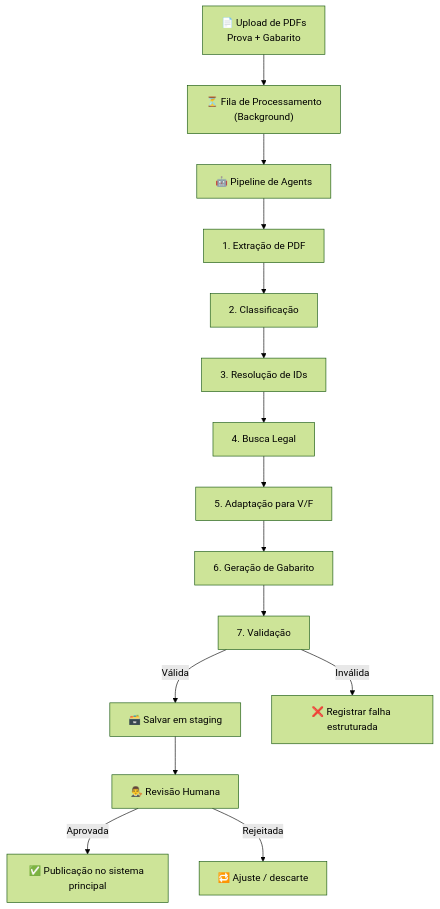
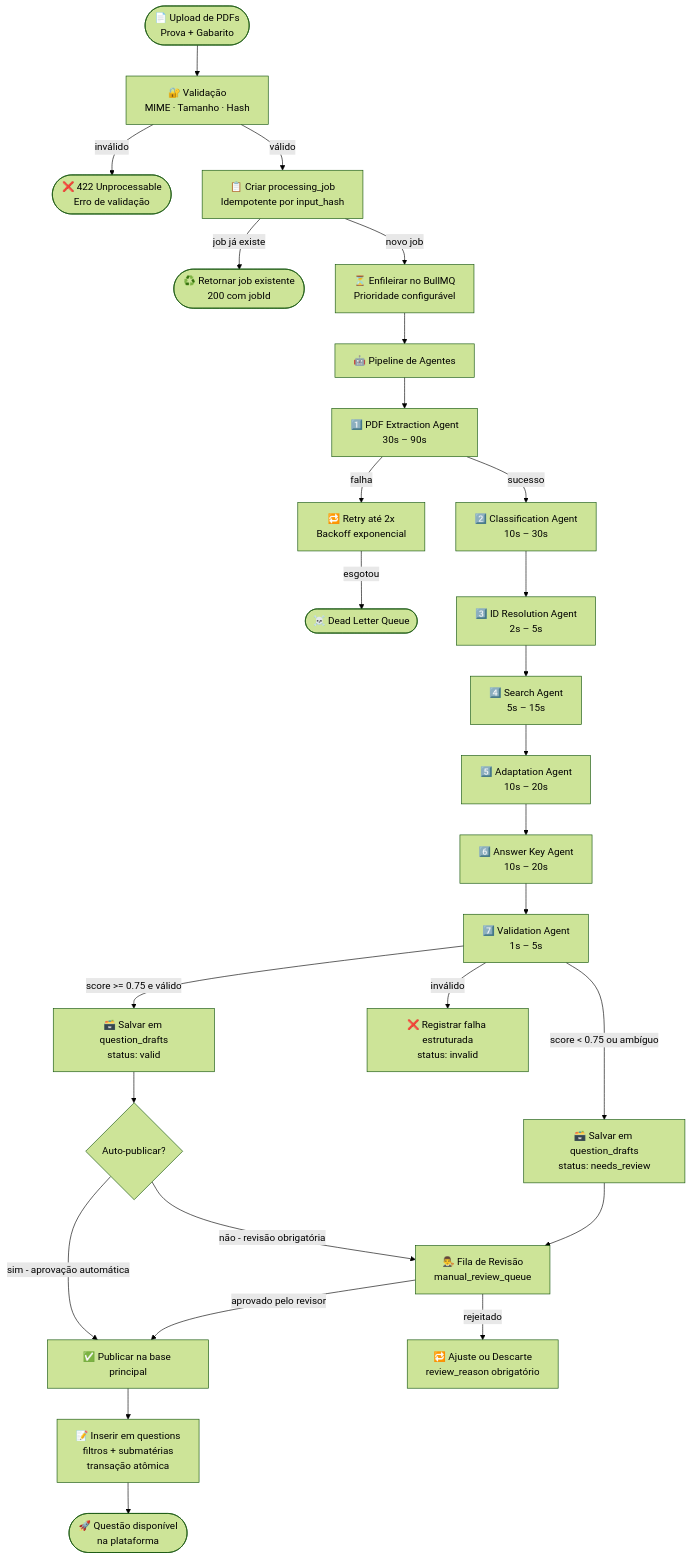
The third of 10 diagrams in README.md (matheusdiamantino-betalent/IA), drawn with Mermaid (forest theme) before and after one commit. The commit also changed other lines of this file, not shown here.

````diff
--- a/README.md
+++ b/README.md
@@ -345,20 +1030,36 @@
 ```mermaid
 flowchart TD
-    A["📄 Upload de PDFs<br/>Prova + Gabarito"] --> B["⏳ Fila de Processamento<br/>(Background)"]
-    B --> C["🤖 Pipeline de Agents"]
+    A(["📄 Upload de PDFs\nProva + Gabarito"]) --> B["🔐 Validação\nMIME · Tamanho · Hash"]
+    B -->|inválido| ERR1(["❌ 422 Unprocessable\nErro de validação"])
+    B -->|válido| C["📋 Criar processing_job\nIdempotente por input_hash"]
+    C -->|job já existe| EXIST(["♻️ Retornar job existente\n200 com jobId"])
+    C -->|novo job| D["⏳ Enfileirar no BullMQ\nPrioridade configurável"]
 
-    C --> D["1. Extração de PDF"]
-    D --> E["2. Classificação"]
-    E --> F["3. Resolução de IDs"]
-    F --> G["4. Busca Legal"]
-    G --> H["5. Adaptação para V/F"]
-    H --> I["6. Geração de Gabarito"]
-    I --> J["7. Validação"]
+    D --> E["🤖 Pipeline de Agentes"]
 
-    J -->|Válida| K["🗃️ Salvar em staging"]
-    J -->|Inválida| L["❌ Registrar falha estruturada"]
+    E --> F["1️⃣ PDF Extraction Agent\n30s – 90s"]
+    F -->|falha| RETRY1["🔁 Retry até 2x\nBackoff exponencial"]
+    RETRY1 -->|esgotou| DLQ1(["☠️ Dead Letter Queue"])
+    F -->|sucesso| G["2️⃣ Classification Agent\n10s – 30s"]
 
-    K --> M["👨‍⚖️ Revisão Humana"]
-    M -->|Aprovada| N["✅ Publicação no sistema principal"]
-    M -->|Rejeitada| O["🔁 Ajuste / descarte"]
+    G --> H["3️⃣ ID Resolution Agent\n2s – 5s"]
+    H --> I["4️⃣ Search Agent\n5s – 15s"]
+    I --> J["5️⃣ Adaptation Agent\n10s – 20s"]
+    J --> K["6️⃣ Answer Key Agent\n10s – 20s"]
+    K --> L["7️⃣ Validation Agent\n1s – 5s"]
+
+    L -->|score >= 0.75 e válido| M["🗃️ Salvar em question_drafts\nstatus: valid"]
+    L -->|score < 0.75 ou ambíguo| N["🗃️ Salvar em question_drafts\nstatus: needs_review"]
+    L -->|inválido| O["❌ Registrar falha estruturada\nstatus: invalid"]
+
+    M --> P{"Auto-publicar?"}
+    P -->|não - revisão obrigatória| Q["👨‍⚖️ Fila de Revisão\nmanual_review_queue"]
+    N --> Q
+    P -->|sim - aprovação automática| R["✅ Publicar na base principal"]
+
+    Q -->|aprovado pelo revisor| R
+    Q -->|rejeitado| S["🔁 Ajuste ou Descarte\nreview_reason obrigatório"]
+
+    R --> T["📝 Inserir em questions\nfiltros + submatérias\ntransação atômica"]
+    T --> U(["🚀 Questão disponível\nna plataforma"])
 ```
````
